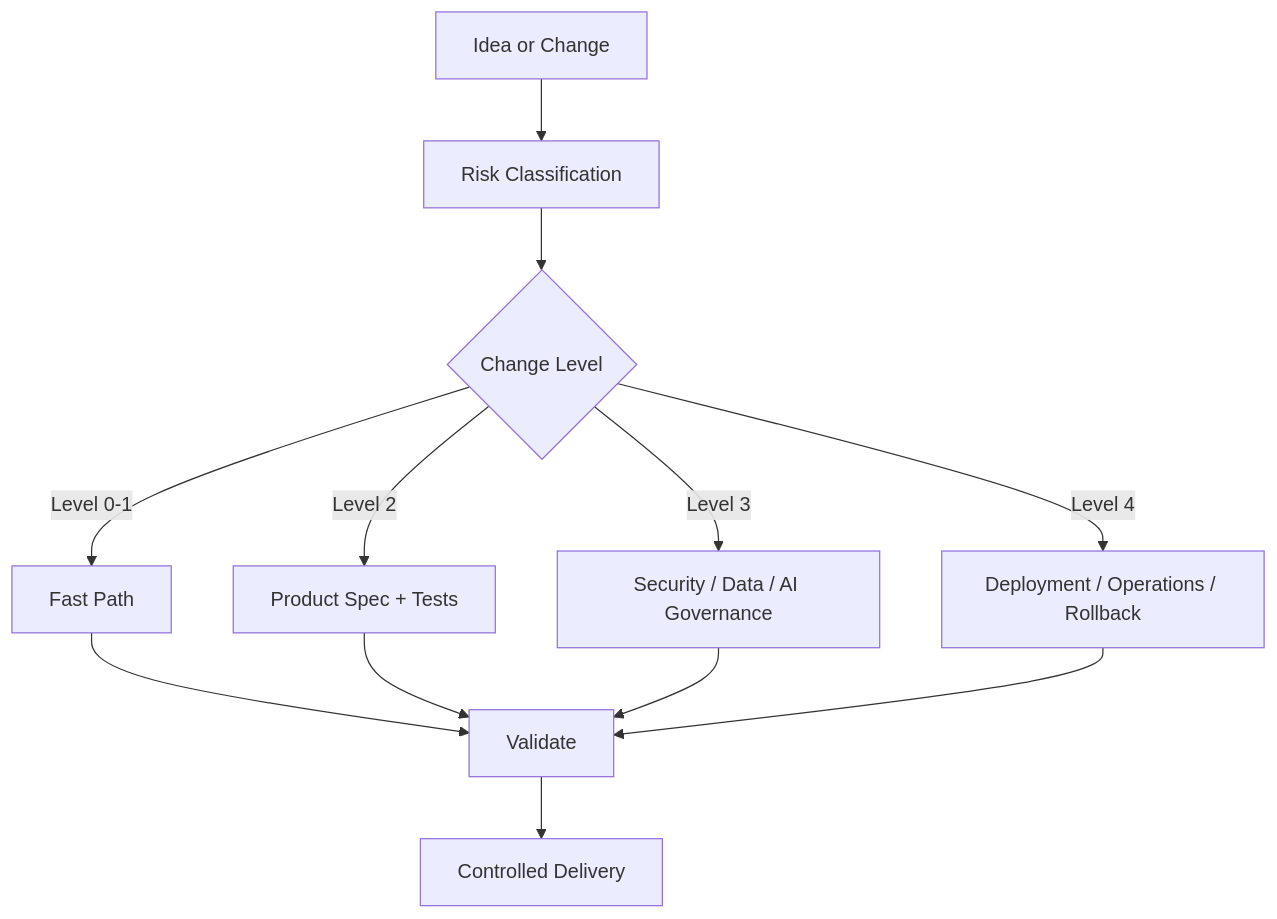
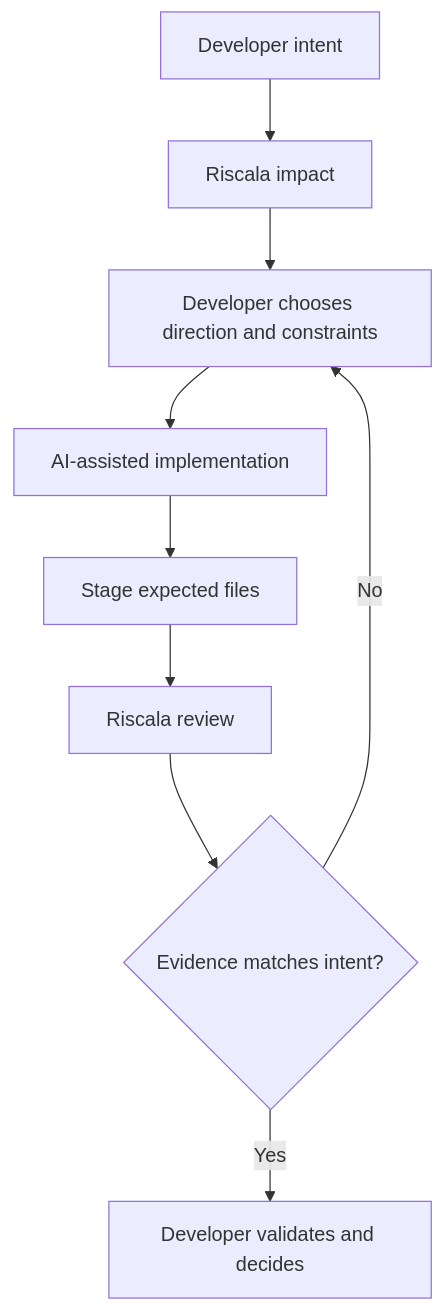
One commit to pablotech80/psdm-framework changed the diagram in README.md. Above: the diagram before and after it, drawn with Mermaid. The commit also changed other lines of this file and 15 other files, not shown here.

````diff
--- a/README.md
+++ b/README.md
@@ -75,14 +77,11 @@
 ```mermaid
 flowchart TD
-    A[Idea or Change] --> B[Risk Classification]
-    B --> C{Change Level}
-    C -->|Level 0-1| D[Fast Path]
-    C -->|Level 2| E[Product Spec + Tests]
-    C -->|Level 3| F[Security / Data / AI Governance]
-    C -->|Level 4| G[Deployment / Operations / Rollback]
-    D --> H[Validate]
-    E --> H
-    F --> H
-    G --> H
-    H --> I[Controlled Delivery]
+    A[Developer intent] --> B[Riscala impact]
+    B --> C[Developer chooses direction and constraints]
+    C --> D[AI-assisted implementation]
+    D --> E[Stage expected files]
+    E --> F[Riscala review]
+    F --> G{Evidence matches intent?}
+    G -->|No| C
+    G -->|Yes| H[Developer validates and decides]
 ```
````
